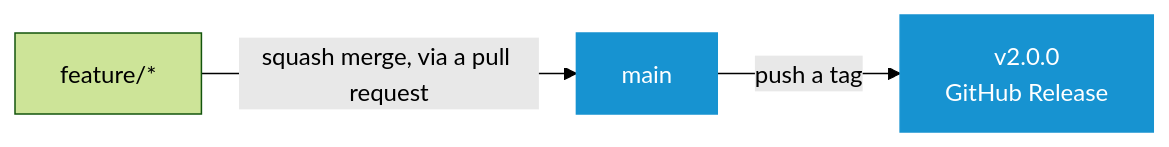
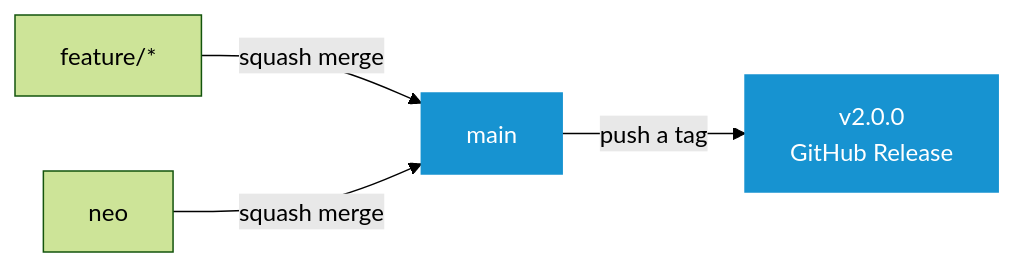
The first of 2 diagrams in docs/CONTRIBUTING.md (murkl/arch-os), drawn with Mermaid (forest theme) before and after one commit. The commit also changed other lines of this file and 13 other files, not shown here.

````diff
--- a/docs/CONTRIBUTING.md
+++ b/docs/CONTRIBUTING.md
@@ -7,8 +7,9 @@
 ```mermaid
 flowchart LR
-    F["feature/*"] -->|"squash merge, via a pull request"| M["main"]
+    F["feature/*"] -->|"squash merge"| M["main"]
+    N["neo"] -->|"squash merge"| M
     M -->|"push a tag"| R["v2.0.0<br/>GitHub Release"]
 
     style M fill:#1793d1,stroke:#1793d1,color:#fff
     style R fill:#1793d1,stroke:#1793d1,color:#fff
 ```
````
